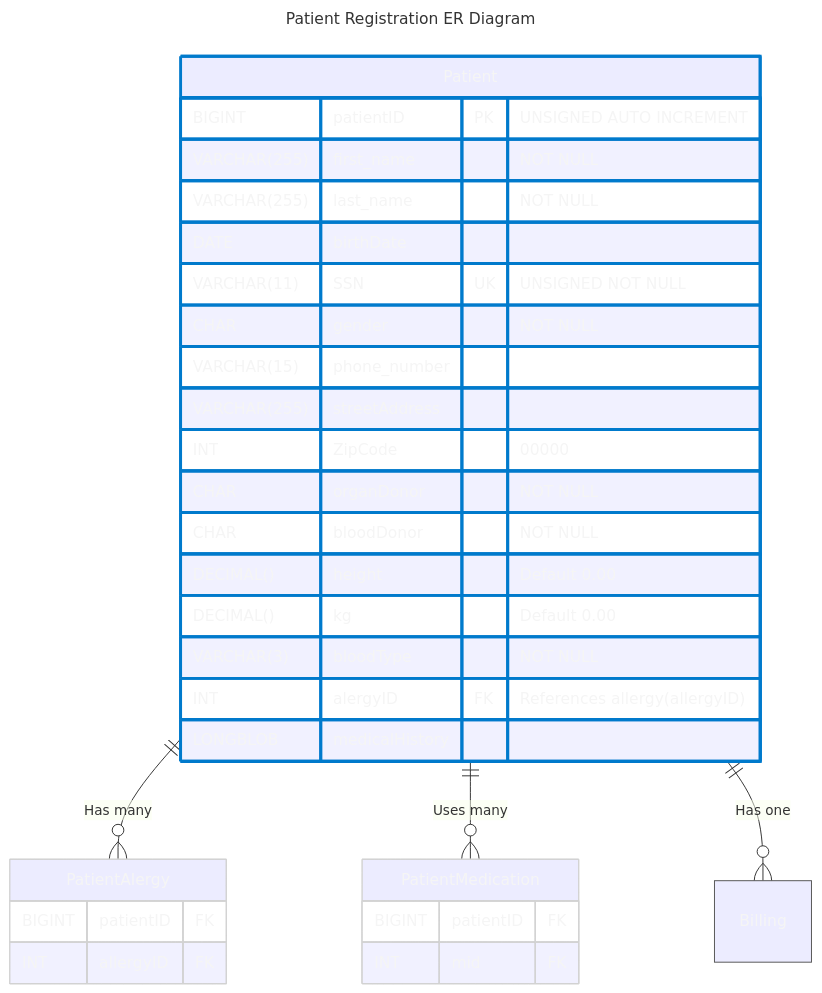
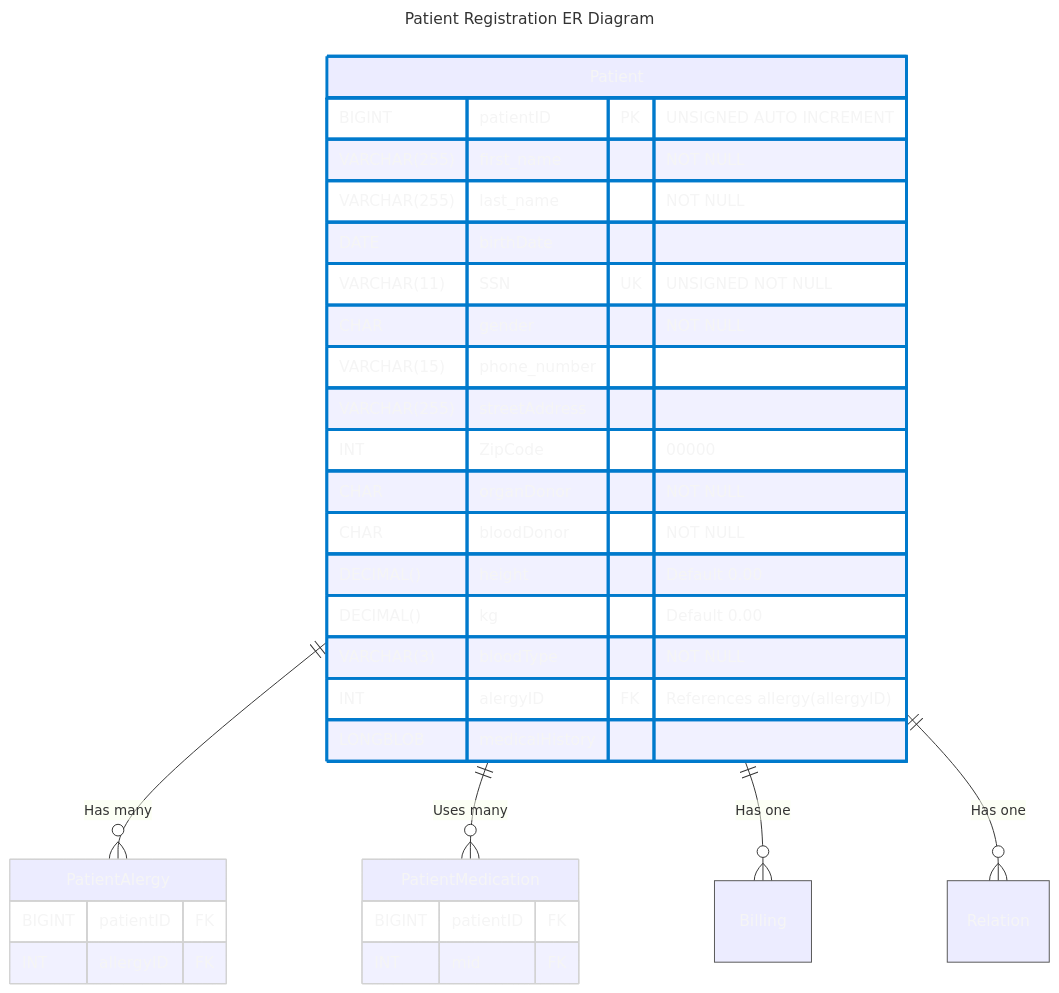
Before and after one commit to krigjo25/database-MedicareSys-mariadb: the diagram in patient/docs/patient-erdiagram.md, drawn with Mermaid. The commit also changed 3 other files, not shown here.

Commit message:
docs(Documents): 📝 Updating Readme.md & Introduce flowchart diagram & sequence diagram.

````diff
--- a/patient/docs/patient-erdiagram.md
+++ b/patient/docs/patient-erdiagram.md
@@ -1,46 +1,48 @@
 ```mermaid
 ---
 title: "Patient Registration ER Diagram"
 ---
 erDiagram
 
     Patient ||--o{ PatientAlergy : "Has many"
     Patient ||--o{ PatientMedication : "Uses many"
     Patient ||--o{ Billing : "Has one"
+    Patient ||--o{ Relation : "Has one"
     
     Patient {
         BIGINT patientID PK "UNSIGNED AUTO INCREMENT"
         VARCHAR(255) first_name "NOT NULL"
         VARCHAR(255) last_name "NOT NULL"
         DATE birthDate 
         VARCHAR(11) SSN UK "UNSIGNED NOT NULL"
         CHAR gender "NOT NULL"
         VARCHAR(15) phone_number
         VARCHAR(255) streetAddress
         INT ZipCode "00000"
 
         CHAR organDonor "NOT NULL"
         CHAR bloodDonor "NOT NULL"
         DECIMAL() height "Default 0.00"
         DECIMAL() kg "Default 0.00"
         VARCHAR(3) bloodType "NOT NULL"
         INT alergyID FK "References allergy(allergyID)"
         LONGBLOB medicalHistory ""
     }
 
     PatientAlergy {
         BIGINT patientID FK
         INT allergyID FK
     }
 
     PatientMedication {
         BIGINT patientID FK
         INT mid FK
     }
     classDef regular color: #f5f5f5, stroke: #555555, stroke-width:1px
     classDef default color: #f5f5f5, stroke: #D3D3D3, stroke-width:1px
     classDef highlight color: #f5f5f5, stroke: #007acc, stroke-width:3px
 
+    Relation::: regular
     Billing::: regular
     Patient ::: highlight
 ```
````
